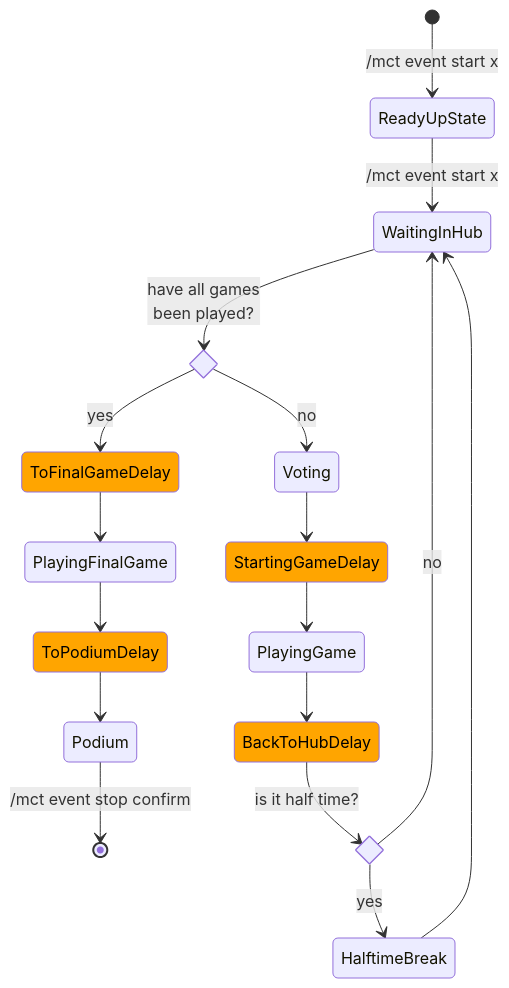
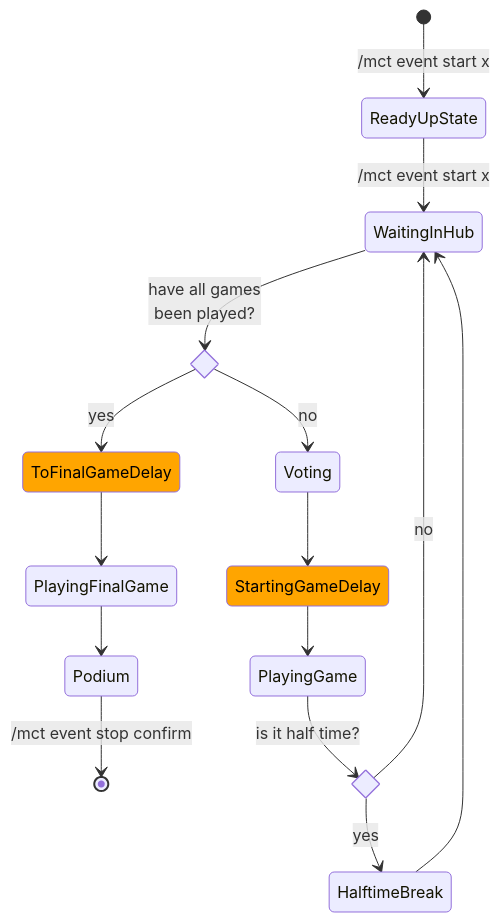
Before and after one commit to Braekpo1nt/MCTManager: the diagram in docs/event-manager-flow.md, drawn with Mermaid. The commit also changed 40 other files, not shown here.

````diff
--- a/docs/event-manager-flow.md
+++ b/docs/event-manager-flow.md
@@ -1,27 +1,25 @@
 ```mermaid
 stateDiagram
 direction TB
 classDef delay fill:orange,color:black
 
 [*] --> ReadyUpState: /mct event start x
 ReadyUpState --> WaitingInHub: /mct event start x
 state games_left <<choice>>
 WaitingInHub --> games_left: have all games<br>been played?
 games_left --> ToFinalGameDelay: yes
 ToFinalGameDelay --> PlayingFinalGame
-PlayingFinalGame --> ToPodiumDelay
-ToPodiumDelay --> Podium
+PlayingFinalGame -->  Podium
 Podium --> [*]: /mct event stop confirm
 
 games_left --> Voting: no
 Voting --> StartingGameDelay
 StartingGameDelay --> PlayingGame
-PlayingGame --> BackToHubDelay
 state half_time <<choice>>
-BackToHubDelay --> half_time: is it half time?
+PlayingGame --> half_time: is it half time?
 half_time --> HalftimeBreak: yes
 half_time --> WaitingInHub: no
 HalftimeBreak --> WaitingInHub
 
 class ToFinalGameDelay, ToPodiumDelay, StartingGameDelay, BackToHubDelay delay
 ```
````
